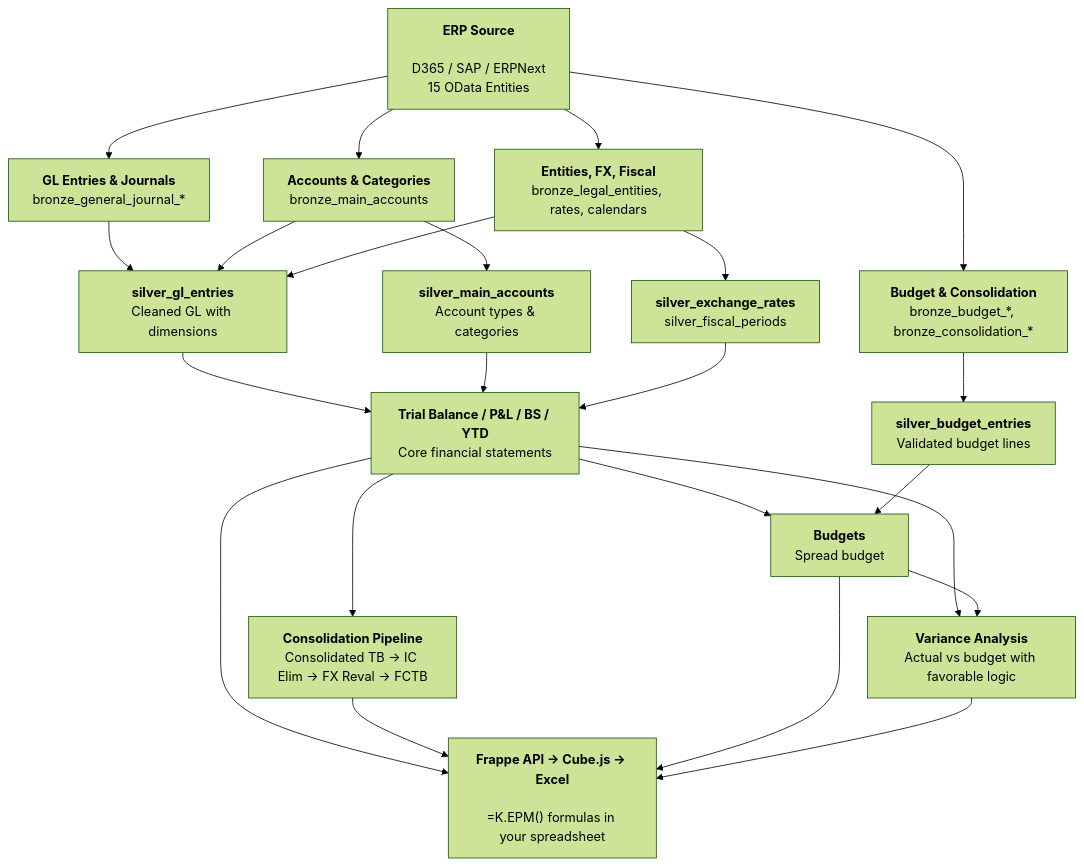
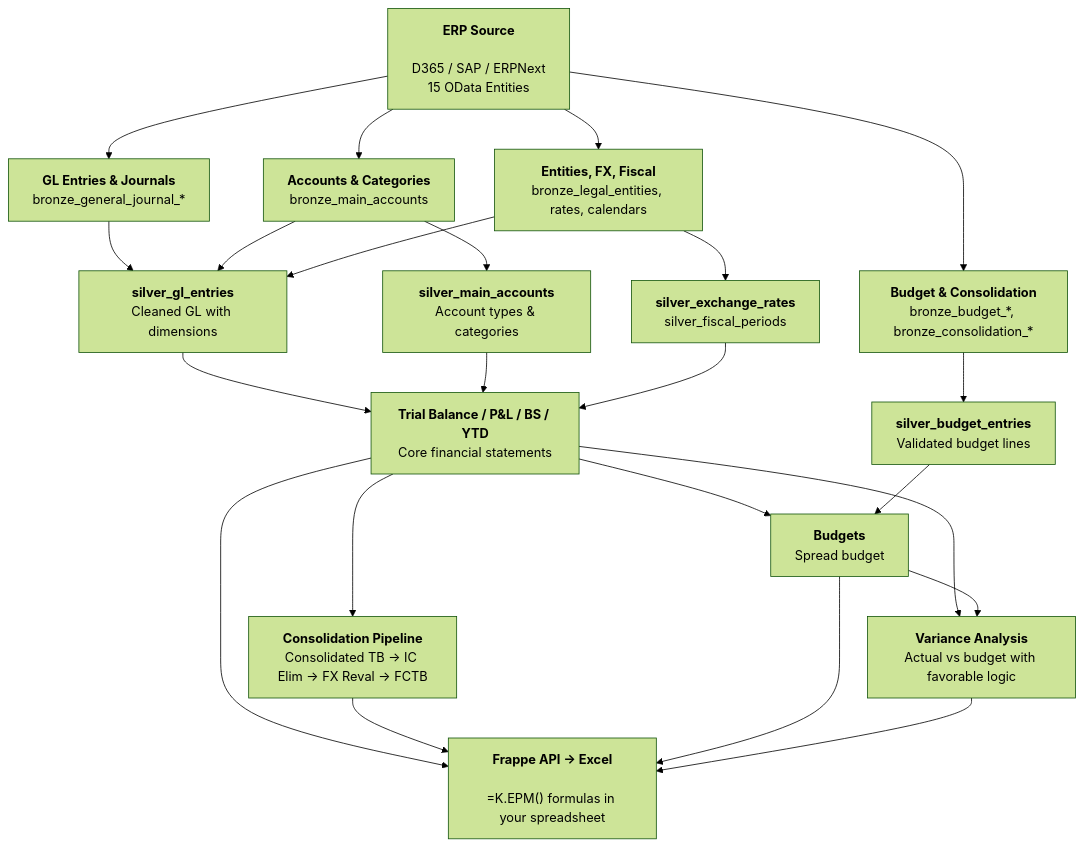
One commit to grynn-in/konsolidat changed the diagram in docs/data-dictionary/data-dictionary-overview.md. Above: the diagram before and after it, drawn with Mermaid (forest theme). The commit also changed 43 other files, not shown here.

````diff
--- a/docs/data-dictionary/data-dictionary-overview.md
+++ b/docs/data-dictionary/data-dictionary-overview.md
@@ -17,36 +17,36 @@
 ```mermaid
 graph TD
     ERP["<b>ERP Source</b><br/><br/>D365 / SAP / ERPNext<br/>15 OData Entities"]
 
     ERP --> B1 & B2 & B3 & B4
 
     B1["<b>GL Entries & Journals</b><br/>bronze_general_journal_*"]
     B2["<b>Accounts & Categories</b><br/>bronze_main_accounts"]
     B3["<b>Entities, FX, Fiscal</b><br/>bronze_legal_entities, rates, calendars"]
     B4["<b>Budget & Consolidation</b><br/>bronze_budget_*, bronze_consolidation_*"]
 
     B1 & B2 & B3 --> S1
     B2 --> S2
     B3 --> S3
     B4 --> S4
 
     S1["<b>silver_gl_entries</b><br/>Cleaned GL with dimensions"]
     S2["<b>silver_main_accounts</b><br/>Account types & categories"]
     S3["<b>silver_exchange_rates</b><br/>silver_fiscal_periods"]
     S4["<b>silver_budget_entries</b><br/>Validated budget lines"]
 
     S1 & S2 & S3 --> G1
     G1 --> G2
     G1 --> G3
     S4 --> G3
     G1 & G3 --> G4
 
     G1["<b>Trial Balance / P&L / BS / YTD</b><br/>Core financial statements"]
     G2["<b>Consolidation Pipeline</b><br/>Consolidated TB → IC Elim → FX Reval → FCTB"]
     G3["<b>Budgets</b><br/>Spread budget"]
     G4["<b>Variance Analysis</b><br/>Actual vs budget with favorable logic"]
 
     G1 & G2 & G3 & G4 --> API
 
-    API["<b>Frappe API → Cube.js → Excel</b><br/><br/>=K.EPM() formulas in your spreadsheet"]
+    API["<b>Frappe API → Excel</b><br/><br/>=K.EPM() formulas in your spreadsheet"]
 ```
````
